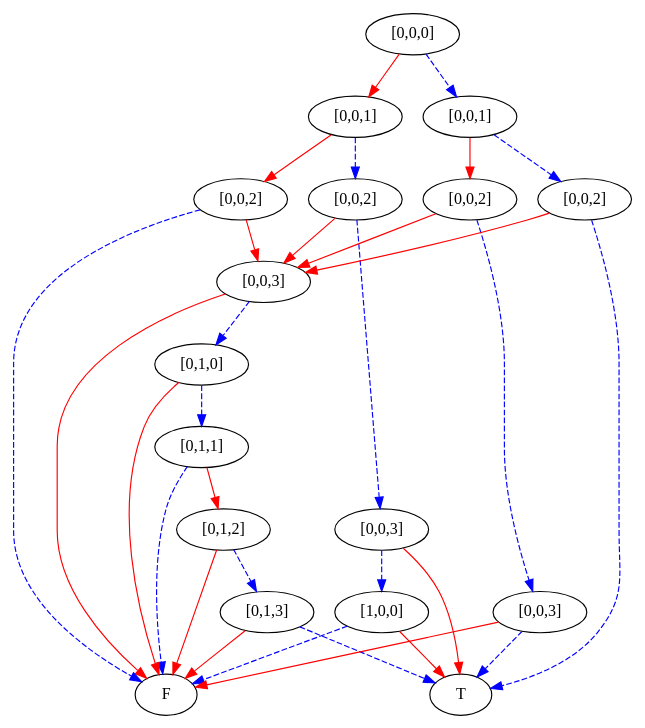
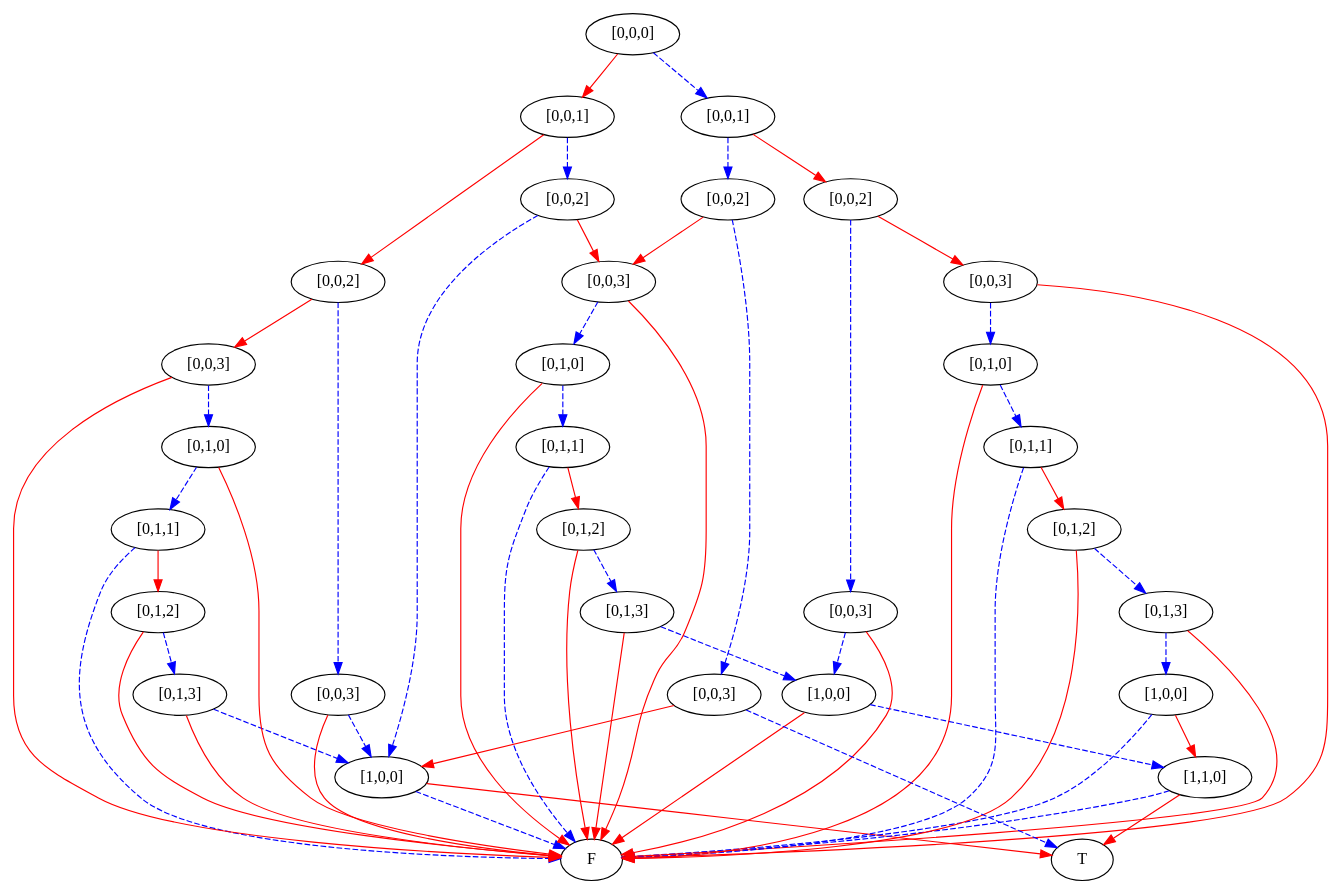
The diagram in simpleProgram3states.dot (mburyakov/minxmod), drawn with Graphviz before and after one commit. The commit also changed 5 other files, not shown here.

```diff
--- a/simpleProgram3states.dot
+++ b/simpleProgram3states.dot
@@ -1,64 +1,120 @@
 digraph {
     1 [label=F];
     2 [label=T];
-    3 [label="[0,1,3]"];
-    4 [label="[0,1,2]"];
-    5 [label="[0,1,1]"];
-    6 [label="[0,1,0]"];
-    7 [label="[0,0,3]"];
-    8 [label="[0,0,2]"];
-    9 [label="[1,0,0]"];
-    10 [label="[0,0,3]"];
-    11 [label="[0,0,2]"];
-    12 [label="[0,0,1]"];
-    13 [label="[0,0,3]"];
-    14 [label="[0,0,2]"];
-    15 [label="[0,0,2]"];
-    16 [label="[0,0,1]"];
-    17 [label="[0,0,0]"];
-    3 -> 2 [style=dashed
+    3 [label="[1,0,0]"];
+    4 [label="[0,1,3]"];
+    5 [label="[0,1,2]"];
+    6 [label="[0,1,1]"];
+    7 [label="[0,1,0]"];
+    8 [label="[0,0,3]"];
+    9 [label="[0,0,3]"];
+    10 [label="[0,0,2]"];
+    11 [label="[1,1,0]"];
+    12 [label="[1,0,0]"];
+    13 [label="[0,1,3]"];
+    14 [label="[0,1,2]"];
+    15 [label="[0,1,1]"];
+    16 [label="[0,1,0]"];
+    17 [label="[0,0,3]"];
+    18 [label="[0,0,2]"];
+    19 [label="[0,0,1]"];
+    20 [label="[1,0,0]"];
+    21 [label="[0,1,3]"];
+    22 [label="[0,1,2]"];
+    23 [label="[0,1,1]"];
+    24 [label="[0,1,0]"];
+    25 [label="[0,0,3]"];
+    26 [label="[0,0,3]"];
+    27 [label="[0,0,2]"];
+    28 [label="[0,0,3]"];
+    29 [label="[0,0,2]"];
+    30 [label="[0,0,1]"];
+    31 [label="[0,0,0]"];
+    3 -> 1 [style=dashed
            ,color=blue];
-    3 -> 1 [color=red];
+    3 -> 2 [color=red];
     4 -> 3 [style=dashed
            ,color=blue];
     4 -> 1 [color=red];
-    5 -> 4 [color=red];
-    5 -> 1 [style=dashed
+    5 -> 4 [style=dashed
            ,color=blue];
-    6 -> 5 [style=dashed
+    5 -> 1 [color=red];
+    6 -> 5 [color=red];
+    6 -> 1 [style=dashed
            ,color=blue];
-    6 -> 1 [color=red];
     7 -> 6 [style=dashed
            ,color=blue];
     7 -> 1 [color=red];
-    8 -> 7 [color=red];
-    8 -> 1 [style=dashed
+    8 -> 7 [style=dashed
            ,color=blue];
-    9 -> 1 [style=dashed
+    8 -> 1 [color=red];
+    9 -> 3 [style=dashed
            ,color=blue];
-    9 -> 2 [color=red];
+    9 -> 1 [color=red];
+    10 -> 8 [color=red];
     10 -> 9 [style=dashed
             ,color=blue];
-    10 -> 2 [color=red];
-    11 -> 7 [color=red];
-    11 -> 10 [style=dashed
-             ,color=blue];
-    12 -> 8 [color=red];
+    11 -> 1 [style=dashed
+            ,color=blue];
+    11 -> 2 [color=red];
     12 -> 11 [style=dashed
              ,color=blue];
-    13 -> 2 [style=dashed
-            ,color=blue];
+    12 -> 1 [color=red];
+    13 -> 12 [style=dashed
+             ,color=blue];
     13 -> 1 [color=red];
-    14 -> 7 [color=red];
     14 -> 13 [style=dashed
              ,color=blue];
-    15 -> 7 [color=red];
-    15 -> 2 [style=dashed
+    14 -> 1 [color=red];
+    15 -> 14 [color=red];
+    15 -> 1 [style=dashed
             ,color=blue];
-    16 -> 14 [color=red];
     16 -> 15 [style=dashed
              ,color=blue];
-    17 -> 12 [color=red];
+    16 -> 1 [color=red];
     17 -> 16 [style=dashed
              ,color=blue];
+    17 -> 1 [color=red];
+    18 -> 3 [style=dashed
+            ,color=blue];
+    18 -> 17 [color=red];
+    19 -> 10 [color=red];
+    19 -> 18 [style=dashed
+             ,color=blue];
+    20 -> 11 [color=red];
+    20 -> 1 [style=dashed
+            ,color=blue];
+    21 -> 20 [style=dashed
+             ,color=blue];
+    21 -> 1 [color=red];
+    22 -> 21 [style=dashed
+             ,color=blue];
+    22 -> 1 [color=red];
+    23 -> 22 [color=red];
+    23 -> 1 [style=dashed
+            ,color=blue];
+    24 -> 23 [style=dashed
+             ,color=blue];
+    24 -> 1 [color=red];
+    25 -> 24 [style=dashed
+             ,color=blue];
+    25 -> 1 [color=red];
+    26 -> 12 [style=dashed
+             ,color=blue];
+    26 -> 1 [color=red];
+    27 -> 25 [color=red];
+    27 -> 26 [style=dashed
+             ,color=blue];
+    28 -> 3 [color=red];
+    28 -> 2 [style=dashed
+            ,color=blue];
+    29 -> 17 [color=red];
+    29 -> 28 [style=dashed
+             ,color=blue];
+    30 -> 27 [color=red];
+    30 -> 29 [style=dashed
+             ,color=blue];
+    31 -> 19 [color=red];
+    31 -> 30 [style=dashed
+             ,color=blue];
 }
```
